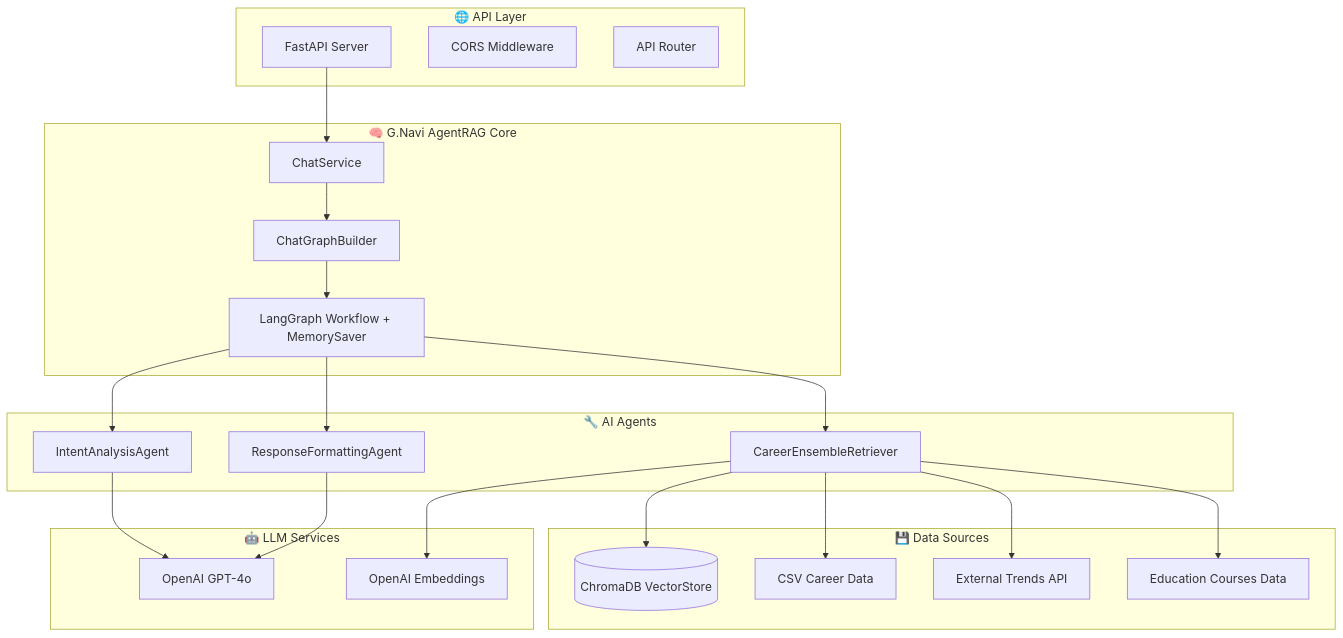
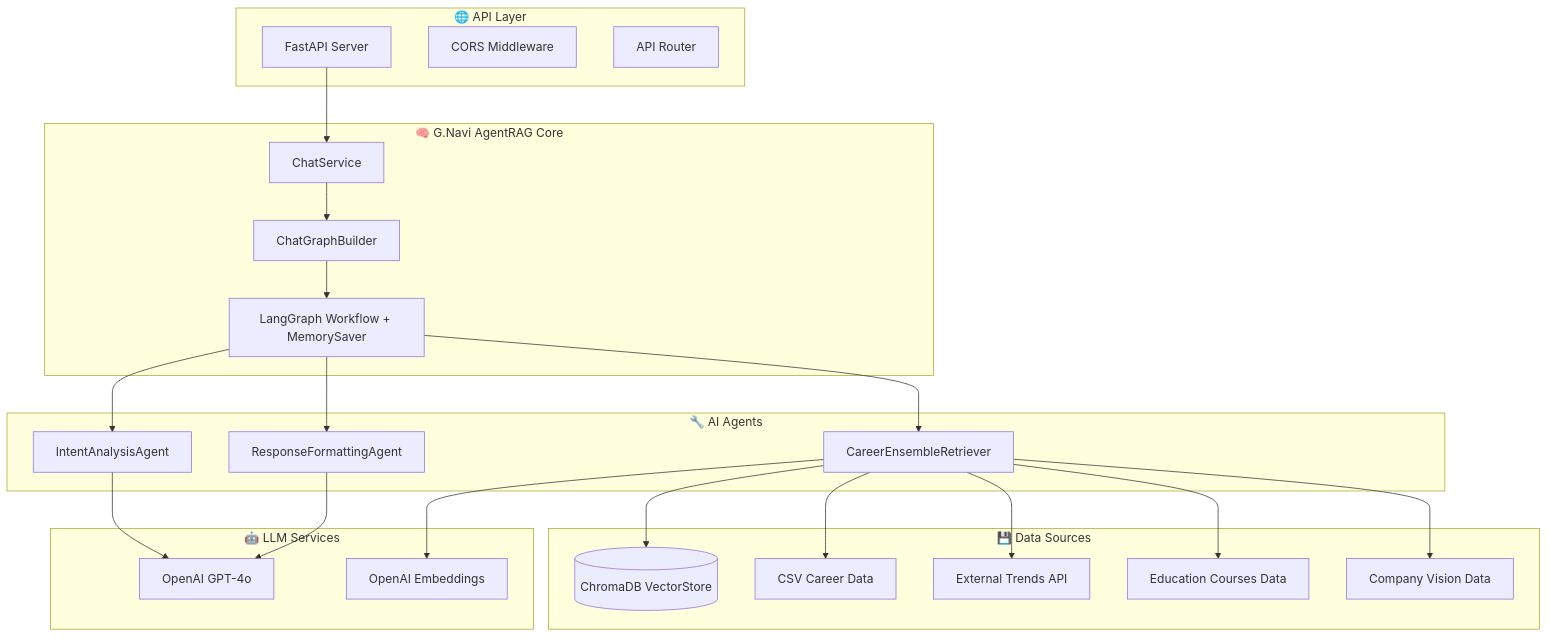
Before and after one commit to SK4toB/g-navi-ai-api: the first of 3 diagrams in README.md, drawn with Mermaid. The commit also changed other lines of this file and 10 other files, not shown here.

````diff
--- a/README.md
+++ b/README.md
@@ -26,48 +27,50 @@
 ```mermaid
 graph TB
     subgraph "🌐 API Layer"
         A[FastAPI Server]
         B[CORS Middleware]
         C[API Router]
     end
     
     subgraph "🧠 G.Navi AgentRAG Core"
         D[ChatService]
         E[ChatGraphBuilder]
         F[LangGraph Workflow + MemorySaver]
     end
     
     subgraph "🔧 AI Agents"
         G[CareerEnsembleRetriever]
         H[IntentAnalysisAgent]
         I[ResponseFormattingAgent]
     end
     
     subgraph "💾 Data Sources"
         K[(ChromaDB VectorStore)]
         L[CSV Career Data]
         M[External Trends API]
         N[Education Courses Data]
+        O[Company Vision Data]
     end
     
     subgraph "🤖 LLM Services"
-        O[OpenAI GPT-4o]
-        P[OpenAI Embeddings]
+        P[OpenAI GPT-4o]
+        Q[OpenAI Embeddings]
     end
     
     A --> D
     D --> E
     E --> F
     F --> G
     F --> H
     F --> I
     
     G --> K
     G --> L
     G --> M
     G --> N
+    G --> O
     
-    H --> O
-    I --> O
-    G --> P
+    H --> P
+    I --> P
+    G --> Q
 ```
````
